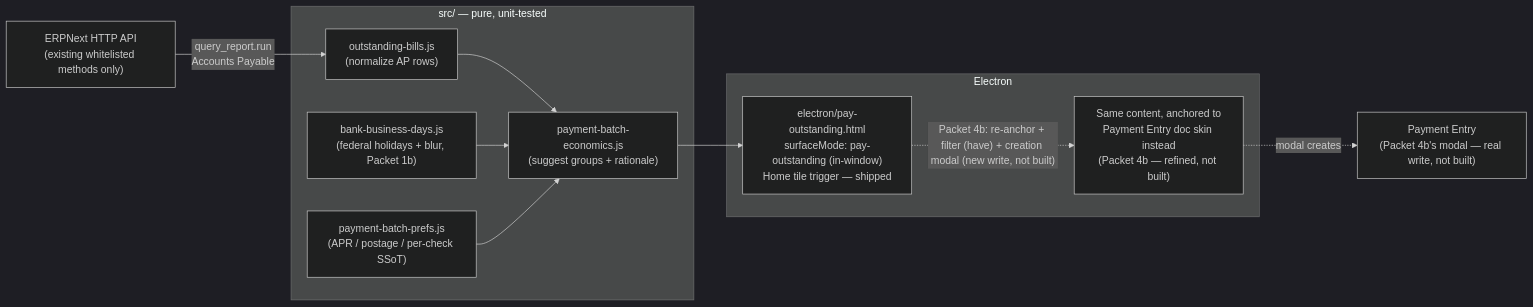
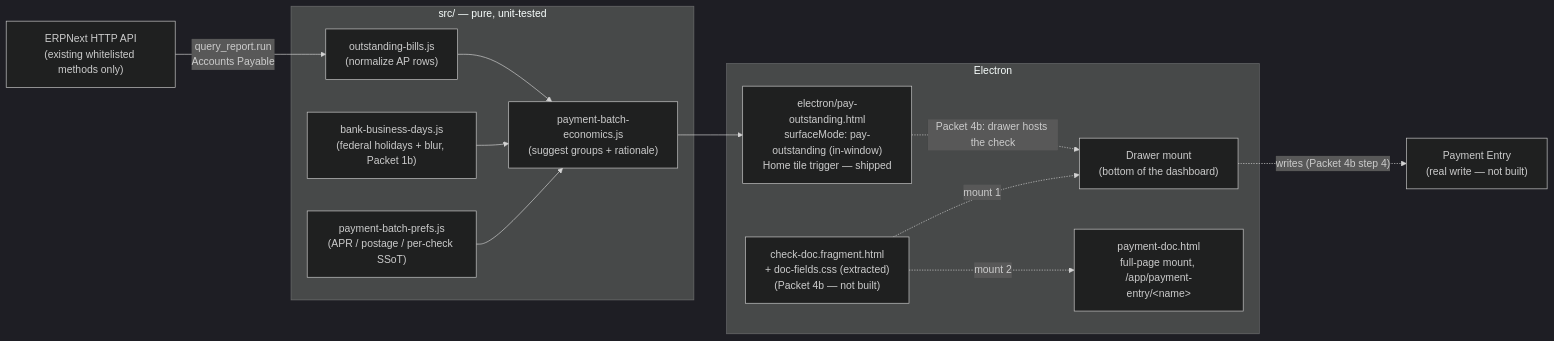
One commit to 5zorro/erpnext-ui-app changed the diagram in docs/implementation-plan-2026-09-03.md. Above: the diagram before and after it, drawn with Mermaid (dark theme). The commit also changed other lines of this file, not shown here.

First line of the commit message:
docs(pay-outstanding): Packet 4b architecture -- PE as a check/ACH document

````diff
--- a/docs/implementation-plan-2026-09-03.md
+++ b/docs/implementation-plan-2026-09-03.md
@@ -76,21 +76,25 @@
 ```mermaid
 flowchart LR
   subgraph pure ["src/ — pure, unit-tested"]
     Fetch["outstanding-bills.js\n(normalize AP rows)"]
     Cal["bank-business-days.js\n(federal holidays + blur, Packet 1b)"]
     Econ["payment-batch-economics.js\n(suggest groups + rationale)"]
     Prefs["payment-batch-prefs.js\n(APR / postage / per-check SSoT)"]
   end
   subgraph shell ["Electron"]
     Page["electron/pay-outstanding.html\nsurfaceMode: pay-outstanding (in-window)\nHome tile trigger — shipped"]
-    PEForm["Same content, anchored to\nPayment Entry doc skin instead\n(Packet 4b — refined, not built)"]
+    Frag["check-doc.fragment.html\n+ doc-fields.css (extracted)\n(Packet 4b — not built)"]
+    Drawer["Drawer mount\n(bottom of the dashboard)"]
+    FullPage["payment-doc.html\nfull-page mount, /app/payment-entry/&lt;name&gt;"]
   end
   ERP["ERPNext HTTP API\n(existing whitelisted methods only)"]
   ERP -->|"query_report.run\nAccounts Payable"| Fetch
   Fetch --> Econ
   Cal --> Econ
   Prefs --> Econ
   Econ --> Page
-  Page -.->|"Packet 4b: re-anchor + filter (have) + creation modal (new write, not built)"| PEForm
-  PEForm -.->|"modal creates"| Write["Payment Entry\n(Packet 4b's modal — real write, not built)"]
+  Frag -.->|"mount 1"| Drawer
+  Frag -.->|"mount 2"| FullPage
+  Page -.->|"Packet 4b: drawer hosts the check"| Drawer
+  Drawer -.->|"writes (Packet 4b step 4)"| Write["Payment Entry\n(real write — not built)"]
 ```
````
